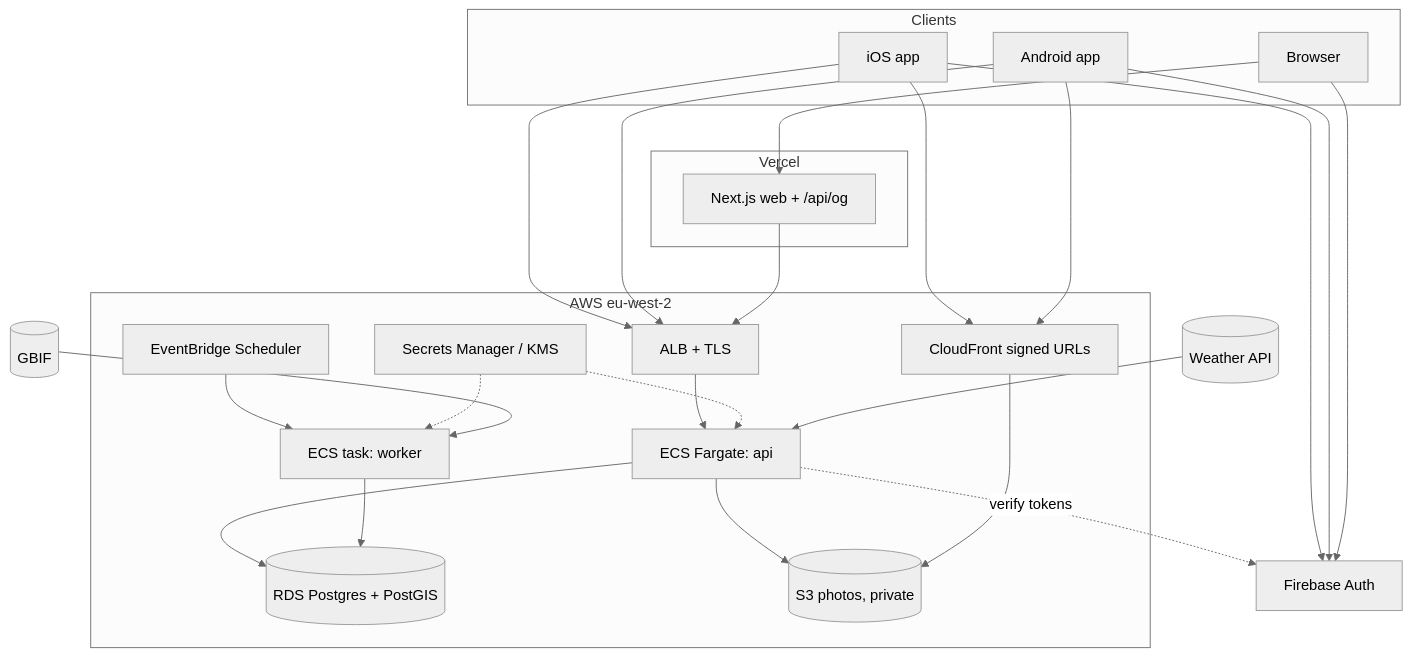
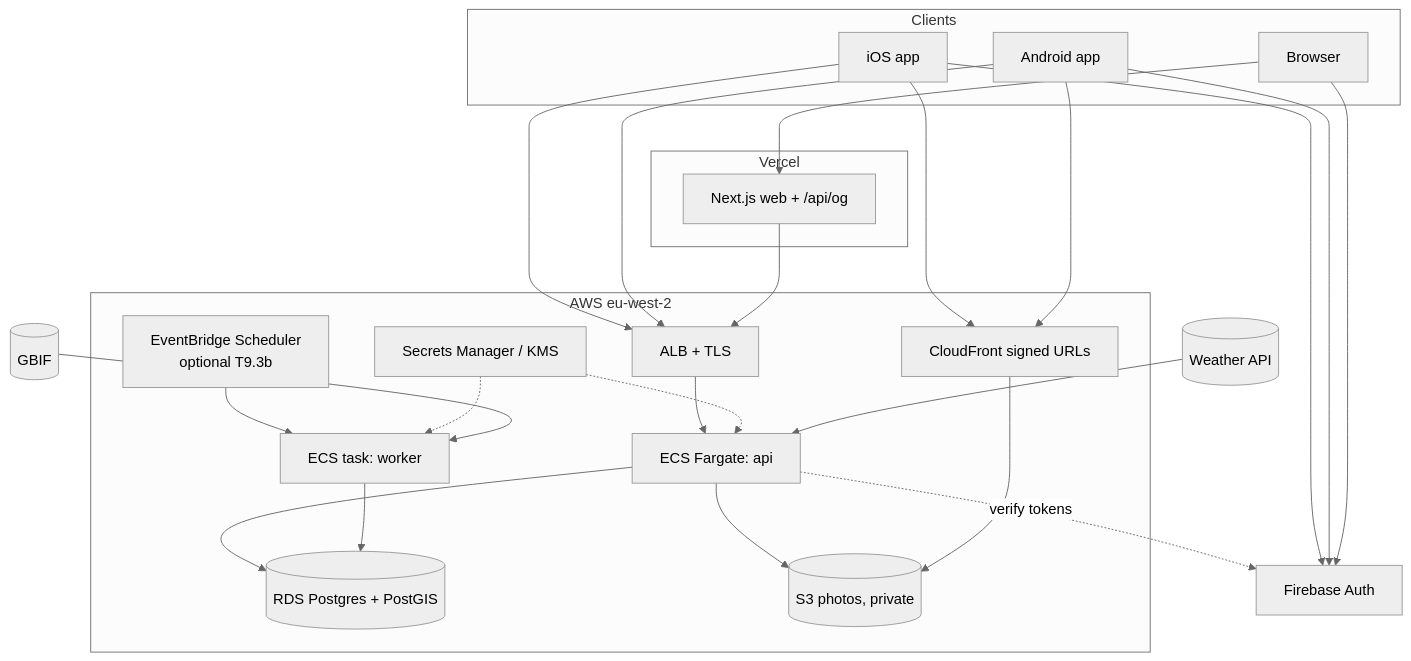
The fifth of 5 diagrams in docs/ARCHITECTURE.md (arsalan-arshad/wildwindow), drawn with Mermaid (neutral theme) before and after one commit. The commit also changed other lines of this file and 17 other files, not shown here.

````diff
--- a/docs/ARCHITECTURE.md
+++ b/docs/ARCHITECTURE.md
@@ -600,26 +600,26 @@
 ```mermaid
 flowchart TB
   subgraph Clients
     iOS[iOS app] & And[Android app] & Br[Browser]
   end
   subgraph Vercel
     NX[Next.js web + /api/og]
   end
   subgraph AWS eu-west-2
     ALB[ALB + TLS] --> ECS[ECS Fargate: api]
-    SCH[EventBridge Scheduler] --> WK[ECS task: worker]
+    SCH[EventBridge Scheduler<br/>optional T9.3b] --> WK[ECS task: worker]
     ECS --> RDS[(RDS Postgres + PostGIS)]
     WK --> RDS
     ECS --> S3[(S3 photos, private)]
     CF[CloudFront signed URLs] --> S3
     SM[Secrets Manager / KMS] -.-> ECS & WK
   end
   FB[Firebase Auth]
   GBIF[(GBIF)] --> WK
   MET[(Weather API)] --> ECS
   iOS & And --> ALB
   Br --> NX --> ALB
   iOS & And & Br --> FB
   ECS -.verify tokens.-> FB
   iOS & And --> CF
 ```
````
